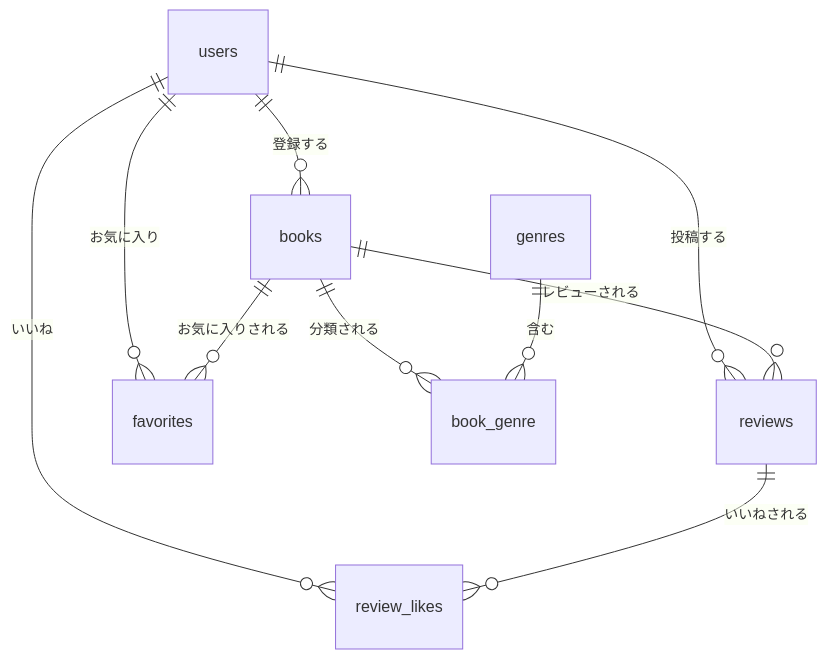
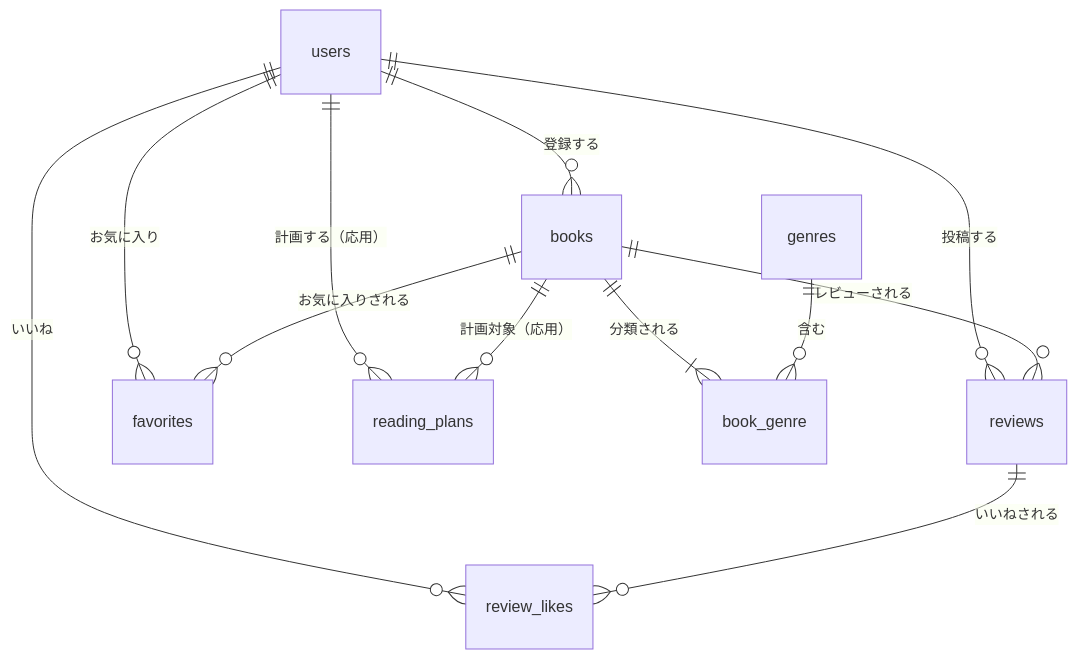
One commit to coachtech-material/ExampleAnswer-mockcase-BookShelf changed the diagram in 関連ドキュメント/復習教材/完全手順書.md. Above: the diagram before and after it, drawn with Mermaid. The commit also changed other lines of this file and 2 other files, not shown here.

````diff
--- a/関連ドキュメント/復習教材/完全手順書.md
+++ b/関連ドキュメント/復習教材/完全手順書.md
@@ -87,12 +103,14 @@
 ```mermaid
 erDiagram
     users ||--o{ books : "登録する"
     users ||--o{ reviews : "投稿する"
     users ||--o{ favorites : "お気に入り"
     users ||--o{ review_likes : "いいね"
+    users ||--o{ reading_plans : "計画する（応用）"
+    books ||--|{ book_genre : "分類される"
     books ||--o{ reviews : "レビューされる"
-    books ||--o{ book_genre : "分類される"
     books ||--o{ favorites : "お気に入りされる"
+    books ||--o{ reading_plans : "計画対象（応用）"
     genres ||--o{ book_genre : "含む"
     reviews ||--o{ review_likes : "いいねされる"
 ```
````
